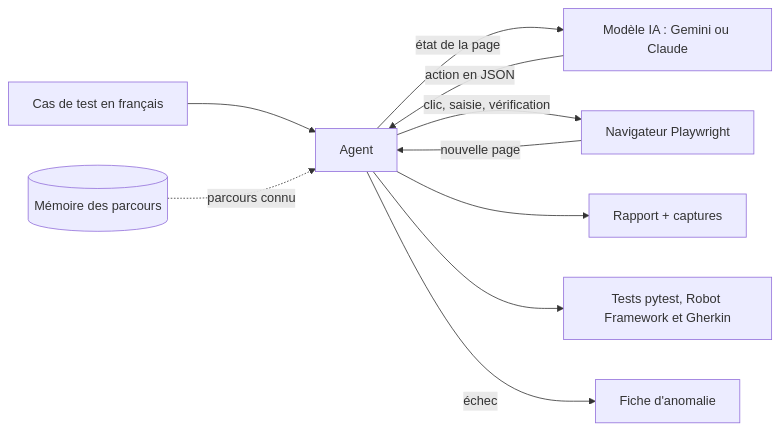
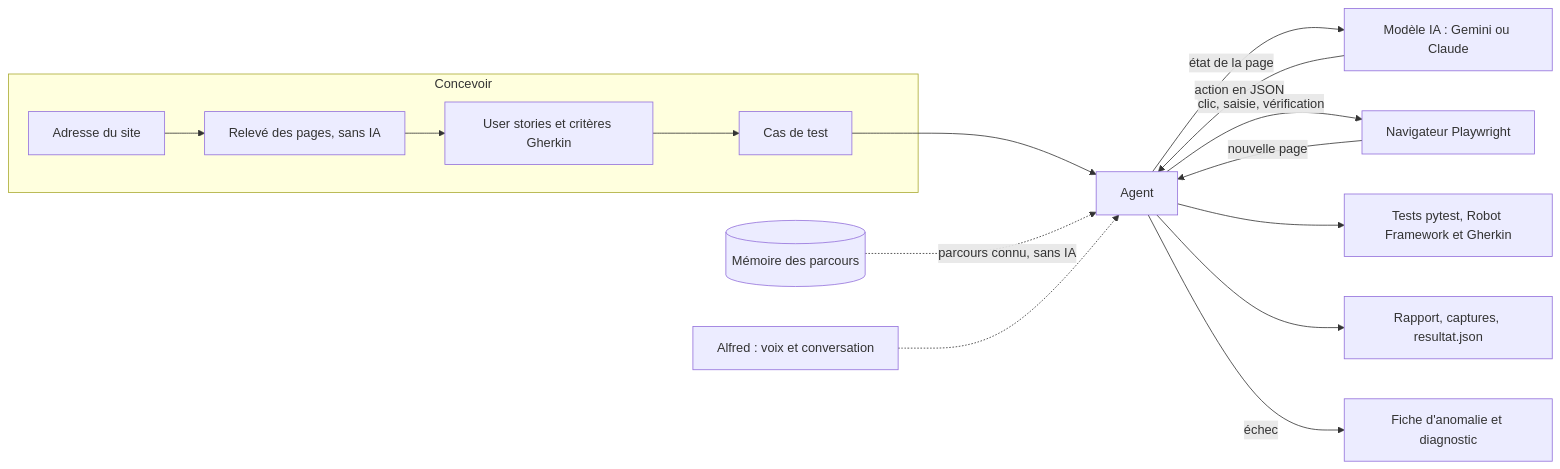
One commit to smail-ops/agent-qa-playwright changed the diagram in README.md. Above: the diagram before and after it, drawn with Mermaid. The commit also changed other lines of this file and 2 other files, not shown here.

````diff
--- a/README.md
+++ b/README.md
@@ -25,12 +23,18 @@
 ```mermaid
 flowchart LR
-    CT[Cas de test en français] --> A[Agent]
-    MEM[(Mémoire des parcours)] -. parcours connu .-> A
+    subgraph Concevoir
+        URL[Adresse du site] --> AN[Relevé des pages, sans IA]
+        AN --> US[User stories et critères Gherkin]
+        US --> CT[Cas de test]
+    end
+    CT --> A[Agent]
+    MEM[(Mémoire des parcours)] -. parcours connu, sans IA .-> A
     A -- état de la page --> M[Modèle IA : Gemini ou Claude]
     M -- action en JSON --> A
     A -- clic, saisie, vérification --> N[Navigateur Playwright]
     N -- nouvelle page --> A
-    A --> R[Rapport + captures]
     A --> S[Tests pytest, Robot Framework et Gherkin]
-    A -- échec --> F[Fiche d'anomalie]
+    A --> R[Rapport, captures, resultat.json]
+    A -- échec --> F[Fiche d'anomalie et diagnostic]
+    AL[Alfred : voix et conversation] -.-> A
 ```
````
